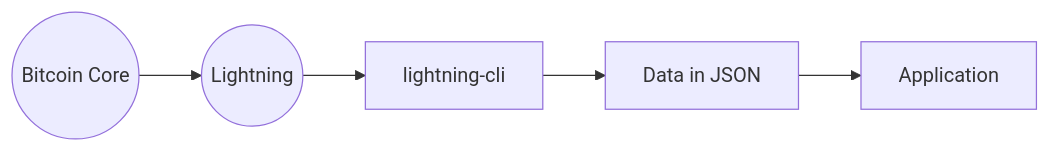
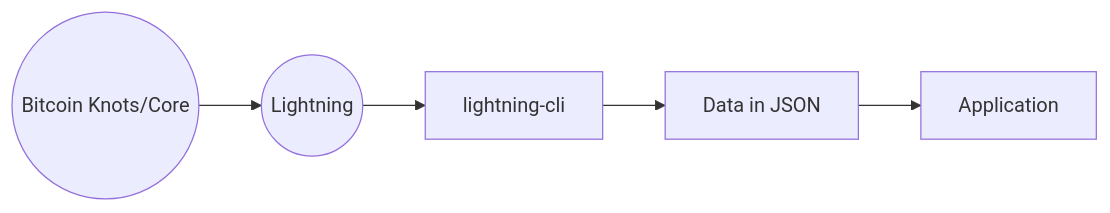
Before and after one commit to Sharmaz/btc-dev-journey: the second of 2 diagrams in docs/getting-started/environment.md, drawn with Mermaid. The commit also changed other lines of this file and 5 other files, not shown here.

Commit message:
update the docs including bitcoin knots installation.

````diff
--- a/docs/getting-started/environment.md
+++ b/docs/getting-started/environment.md
@@ -25,4 +25,4 @@
 ```mermaid
 flowchart LR
-  A((Bitcoin Core)) --> B((Lightning)) --> C[lightning-cli] --> D[Data in JSON] --> F[Application]
+  A((Bitcoin Knots/Core)) --> B((Lightning)) --> C[lightning-cli] --> D[Data in JSON] --> F[Application]
 ```
````
